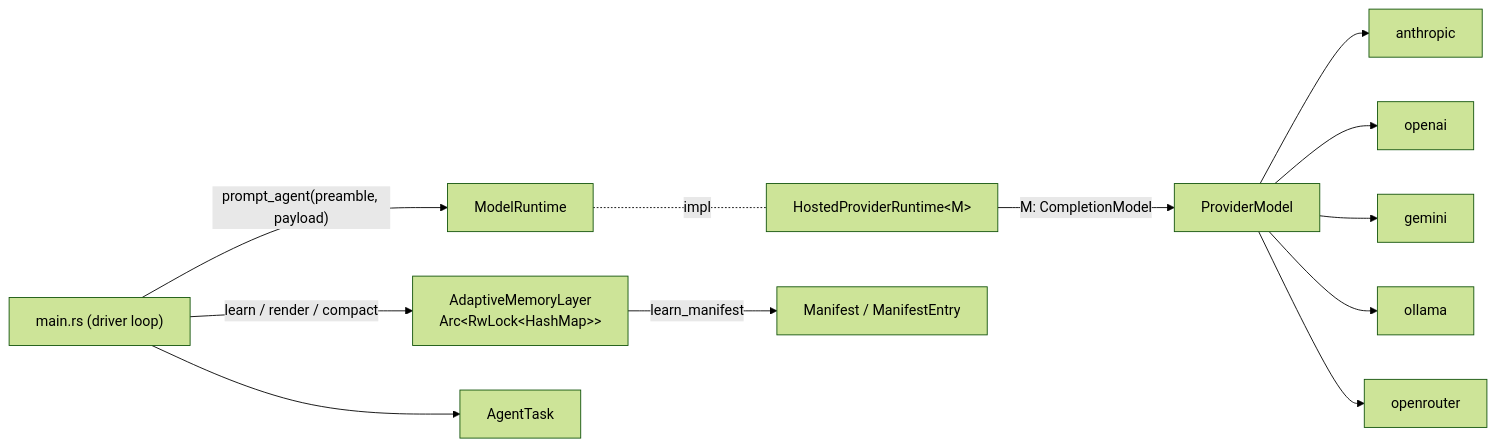
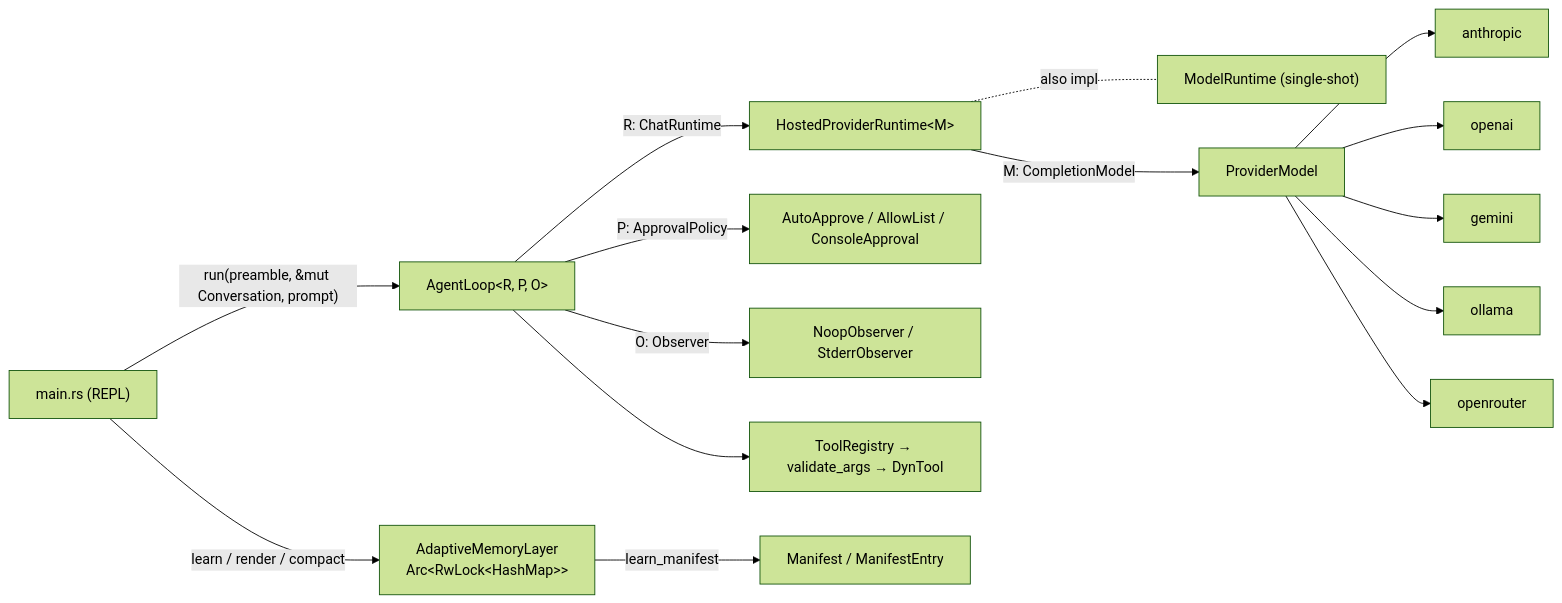
Before and after one commit to khttang/rust: the first of 3 diagrams in agent-harness/README.md, drawn with Mermaid (forest theme). The commit also changed other lines of this file and 8 other files, not shown here.

First line of the commit message:
feat(agent-harness): multi-turn ChatRuntime and tool-calling AgentLoop

````diff
--- a/agent-harness/README.md
+++ b/agent-harness/README.md
@@ -71,14 +76,17 @@
 ```mermaid
 flowchart LR
-    CLI["main.rs (driver loop)"] -->|"prompt_agent(preamble, payload)"| RT["ModelRuntime"]
-    RT -.impl.- HPR["HostedProviderRuntime&lt;M&gt;"]
+    CLI["main.rs (REPL)"] -->|"run(preamble, &mut Conversation, prompt)"| AL["AgentLoop&lt;R, P, O&gt;"]
+    AL -->|"R: ChatRuntime"| HPR["HostedProviderRuntime&lt;M&gt;"]
+    AL -->|"P: ApprovalPolicy"| POL["AutoApprove / AllowList / ConsoleApproval"]
+    AL -->|"O: Observer"| OBS["NoopObserver / StderrObserver"]
+    AL --> REG["ToolRegistry → validate_args → DynTool"]
+    HPR -.also impl.- MR["ModelRuntime (single-shot)"]
     HPR -->|"M: CompletionModel"| PM["ProviderModel"]
     PM --> A[anthropic]
     PM --> OA[openai]
     PM --> G[gemini]
     PM --> OL[ollama]
     PM --> OR[openrouter]
     CLI -->|"learn / render / compact"| MEM["AdaptiveMemoryLayer<br/>Arc&lt;RwLock&lt;HashMap&gt;&gt;"]
     MEM -->|"learn_manifest"| MAN["Manifest / ManifestEntry"]
-    CLI --> TASK["AgentTask"]
 ```
````
